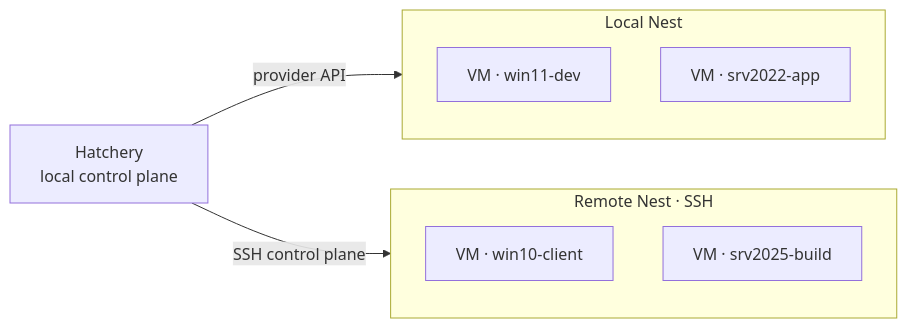
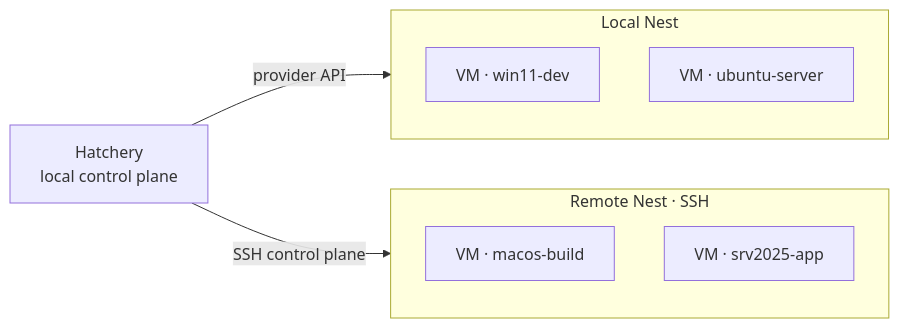
One commit to dustinestes/Hatchery changed the diagram in README.md. Above: the diagram before and after it, drawn with Mermaid.

Commit message:
docs: mix guest OS examples in README architecture diagram (#241)

````diff
--- a/README.md
+++ b/README.md
@@ -55,19 +55,19 @@
 ```mermaid
 flowchart LR
   H["Hatchery<br/>local control plane"]
 
   subgraph LN["Local Nest"]
     direction TB
     L1["VM · win11-dev"]
-    L2["VM · srv2022-app"]
+    L2["VM · ubuntu-server"]
   end
 
   subgraph RN["Remote Nest · SSH"]
     direction TB
-    R1["VM · win10-client"]
-    R2["VM · srv2025-build"]
+    R1["VM · macos-build"]
+    R2["VM · srv2025-app"]
   end
 
   H -->|"provider API"| LN
   H -->|"SSH control plane"| RN
 ```
````
